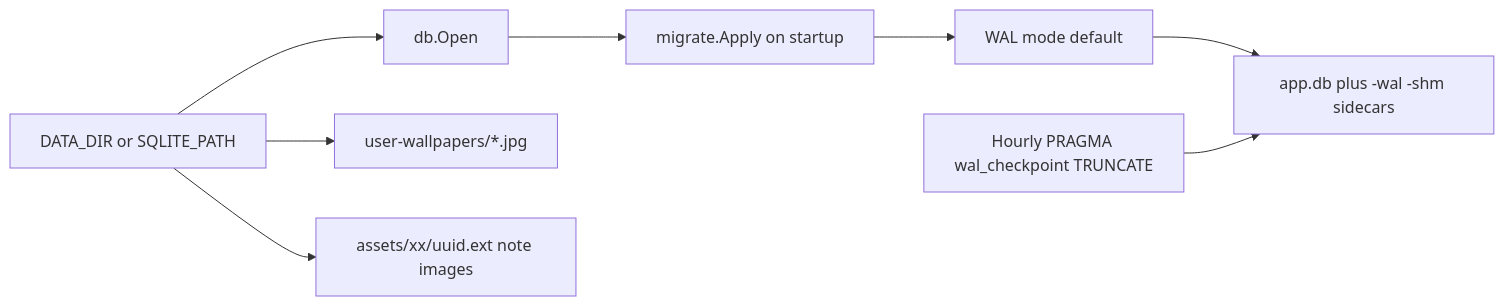
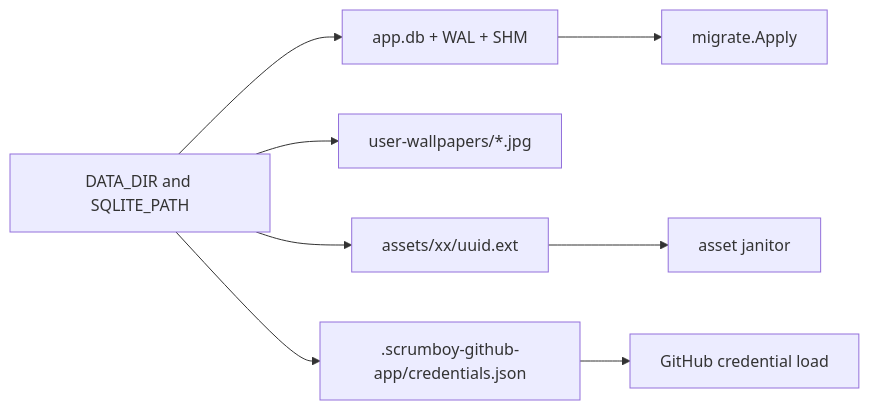
The second of 3 diagrams in docs/diagrams/scrumboy_deployment_ops.md (markrai/scrumboy), drawn with Mermaid before and after one commit. The commit also changed other lines of this file and 189 other files, not shown here.

````diff
--- a/docs/diagrams/scrumboy_deployment_ops.md
+++ b/docs/diagrams/scrumboy_deployment_ops.md
@@ -35,16 +41,16 @@
 ```mermaid
 flowchart LR
-  Env[DATA_DIR or SQLITE_PATH]
-  Open[db.Open]
-  Mig[migrate.Apply on startup]
-  WAL[WAL mode default]
-  Files["app.db plus -wal -shm sidecars"]
-  Uploads["user-wallpapers/*.jpg"]
-  Assets["assets/xx/uuid.ext note images"]
-  Hourly[Hourly PRAGMA wal_checkpoint TRUNCATE]
+  Env[DATA_DIR and SQLITE_PATH]
+  DB["app.db + WAL + SHM"]
+  Wallpapers["user-wallpapers/*.jpg"]
+  Assets["assets/xx/uuid.ext"]
+  GH[".scrumboy-github-app/credentials.json"]
+  Mig[migrate.Apply]
+  Janitor[asset janitor]
+  Startup[GitHub credential load]
 
-  Env --> Open --> Mig --> WAL --> Files
-  Env --> Uploads
-  Env --> Assets
-  Hourly --> Files
+  Env --> DB --> Mig
+  Env --> Wallpapers
+  Env --> Assets --> Janitor
+  Env --> GH --> Startup
 ```
````
